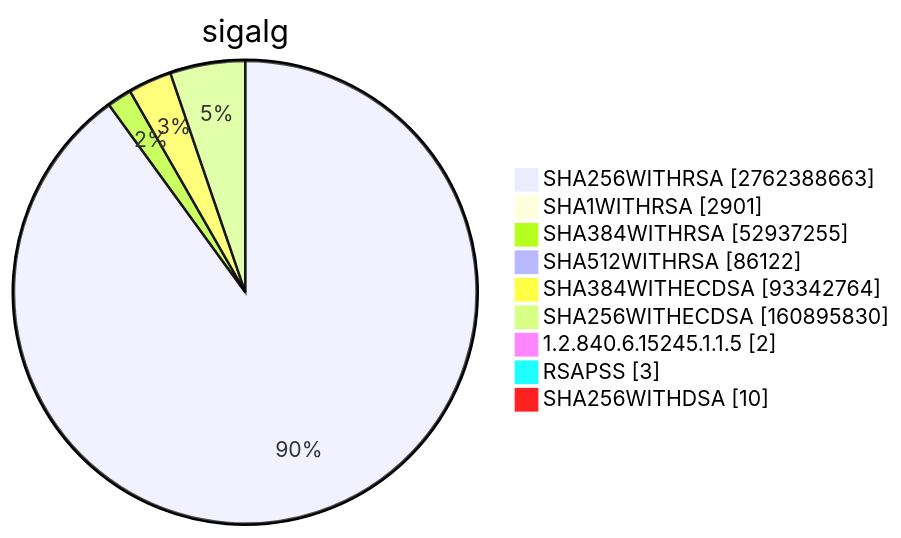
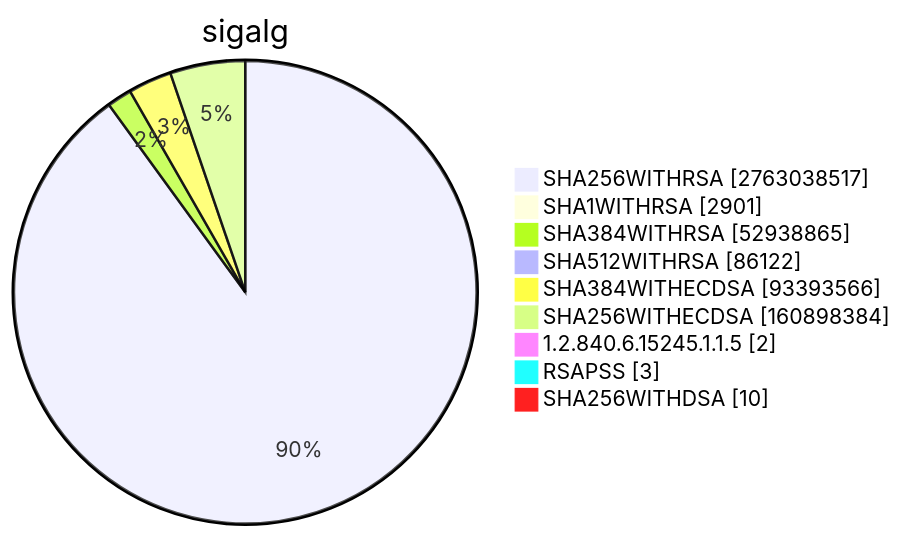
Diagram 15 of 15 in TOTAL/README.md (christiankrug/ctmonitor_visualization), drawn with Mermaid before and after one commit. The commit also changed other lines of this file, not shown here.

````diff
--- a/TOTAL/README.md
+++ b/TOTAL/README.md
@@ -6207,13 +6207,13 @@
 ```mermaid
 pie showData
 title sigalg
-"SHA256WITHRSA" :2762388663
+"SHA256WITHRSA" :2763038517
 "SHA1WITHRSA" :2901
-"SHA384WITHRSA" :52937255
+"SHA384WITHRSA" :52938865
 "SHA512WITHRSA" :86122
-"SHA384WITHECDSA" :93342764
-"SHA256WITHECDSA" :160895830
+"SHA384WITHECDSA" :93393566
+"SHA256WITHECDSA" :160898384
 "1.2.840.6.15245.1.1.5" :2
 "RSAPSS" :3
 "SHA256WITHDSA" :10
 ```
````
